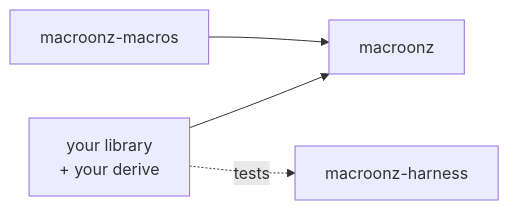
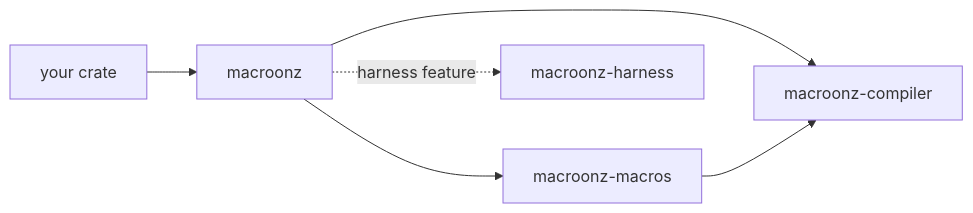
One commit to freebatteryfactory/Macroonz changed the first of 2 diagrams in README.md. Above: the diagram before and after it, drawn with Mermaid. The commit also changed other lines of this file and 50 other files, not shown here.

````diff
--- a/README.md
+++ b/README.md
@@ -40,6 +41,8 @@
 ```mermaid
 flowchart LR
-    YOU["your library<br/>+ your derive"] --> C["macroonz"]
-    PROC["macroonz-macros"] --> C
-    YOU -. tests .-> H["macroonz-harness"]
+    YOU["your crate"] --> F["macroonz"]
+    F --> C["macroonz-compiler"]
+    F --> PROC["macroonz-macros"]
+    PROC --> C
+    F -. harness feature .-> H["macroonz-harness"]
 ```
````
